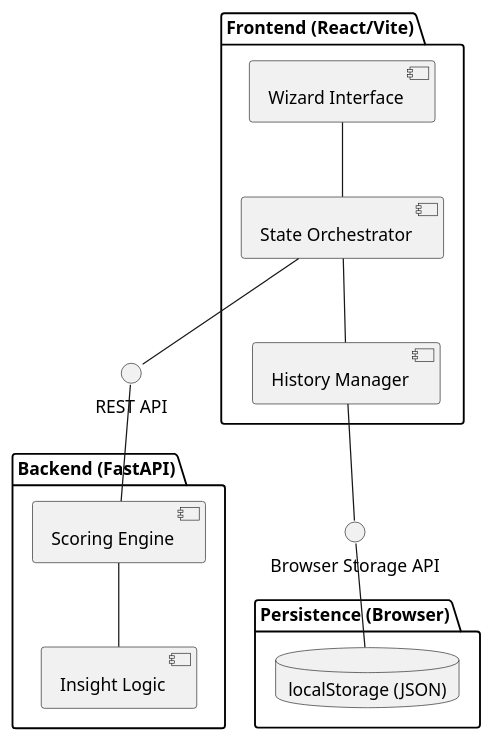
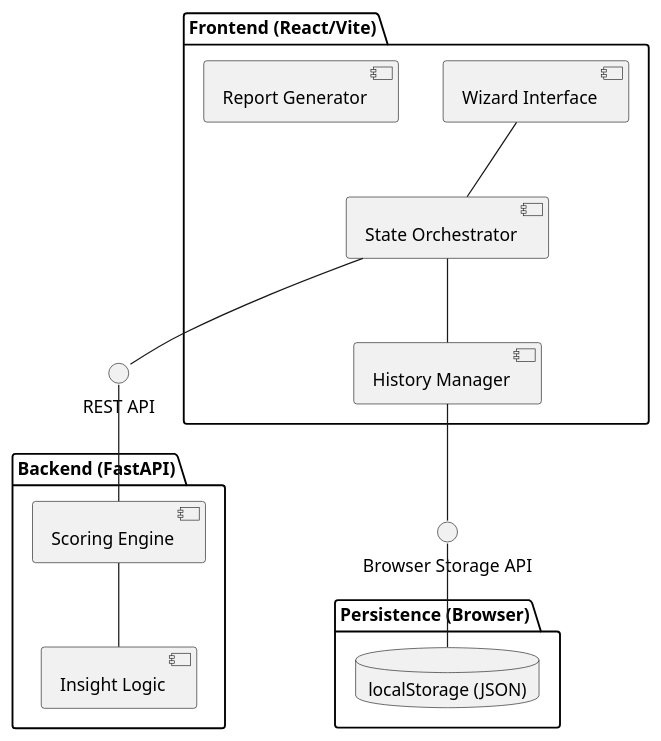
One commit to jagathkiran/decision-companion changed the diagram in diagrams/component.puml. Above: the diagram before and after it, drawn with PlantUML. The commit also changed 13 other files, not shown here.

```diff
--- a/diagrams/component.puml
+++ b/diagrams/component.puml
@@ -1,33 +1,34 @@
 @startuml
 skinparam monochrome true
 skinparam shadowing false
 
 package "Frontend (React/Vite)" {
   [Wizard Interface] as UI
   [History Manager] as HM
+  [Report Generator] as RG
   [State Orchestrator] as SO
 }
 
 package "Backend (FastAPI)" {
   [Scoring Engine] as SE
   [Insight Logic] as IL
 }
 
 package "Persistence (Browser)" {
   database "localStorage (JSON)" as STORAGE
 }
 
 ' Interface points
 () "REST API" as API
 () "Browser Storage API" as STORAGE_API
 
 UI -- SO
 SO -- API
 API -- SE
 SE -- IL
 
 SO -- HM
 HM -- STORAGE_API
 STORAGE_API -- STORAGE
 
 @enduml
```
